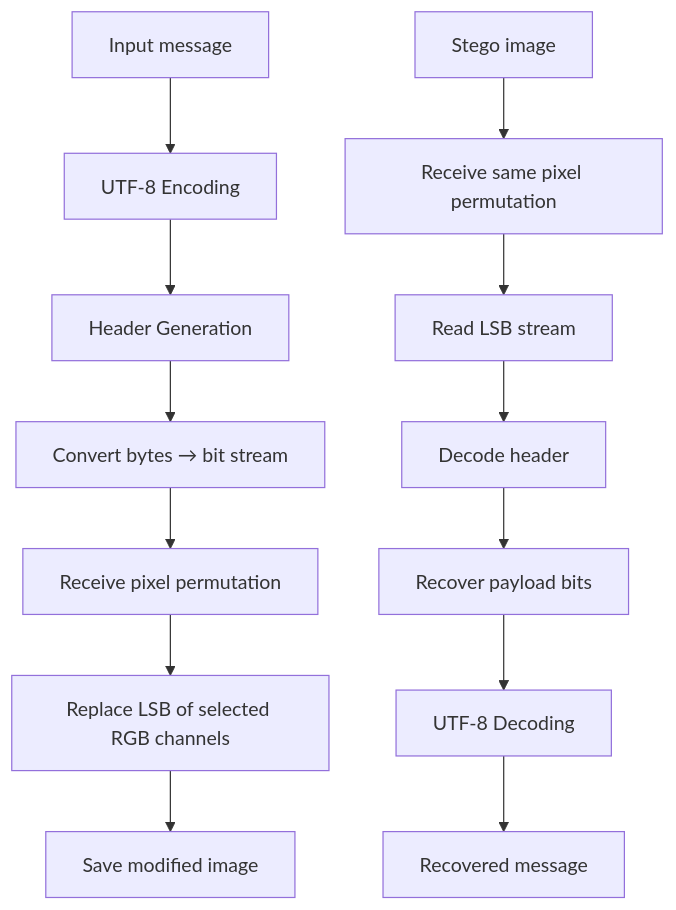
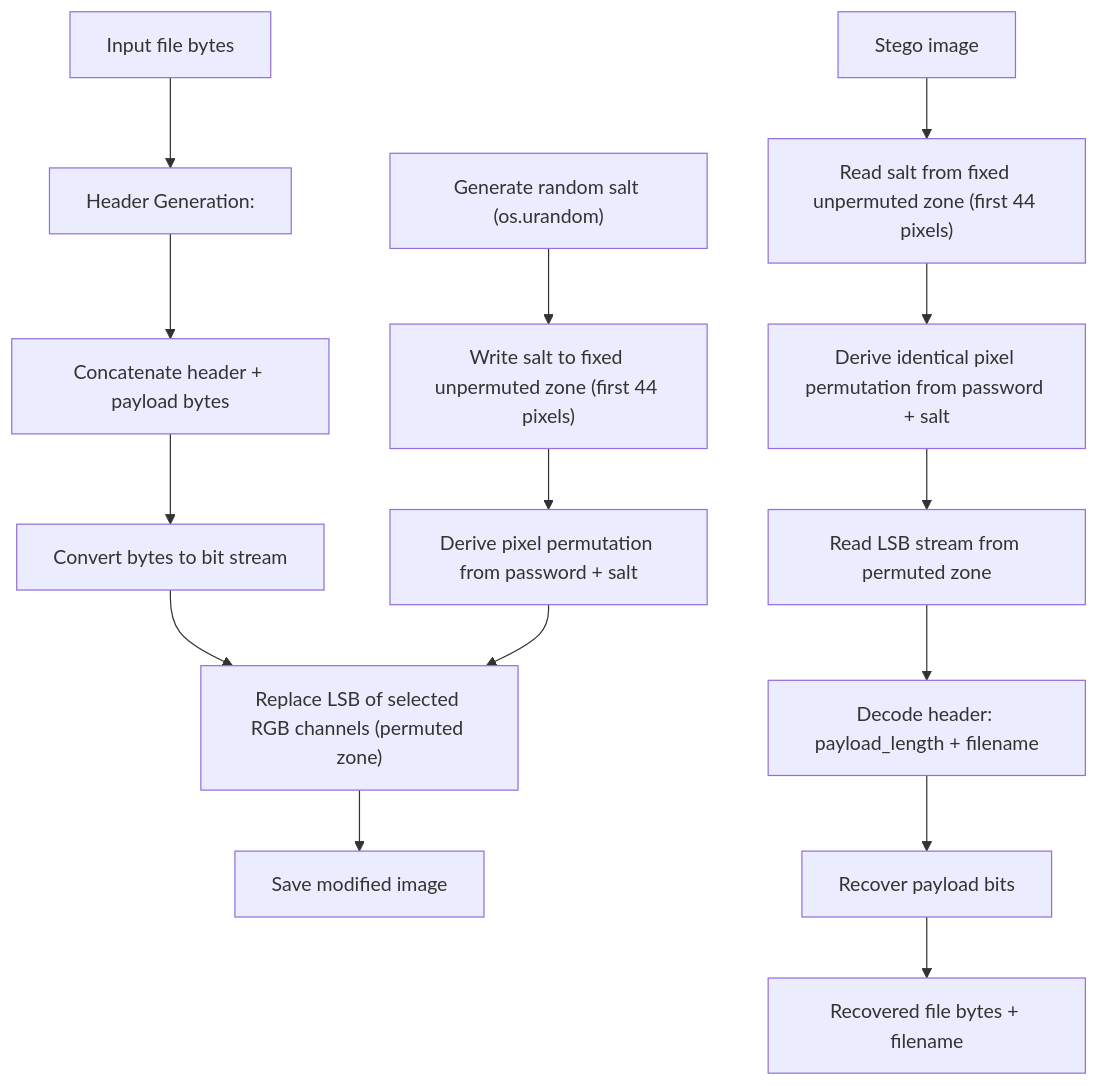
Before and after one commit to m000gg/camougg: the first of 2 diagrams in docs/features/LeastSignificantBit-2.md, drawn with Mermaid. The commit also changed other lines of this file and 1 other file, not shown here.

````diff
--- a/docs/features/LeastSignificantBit-2.md
+++ b/docs/features/LeastSignificantBit-2.md
@@ -58,28 +70,22 @@
 ```mermaid
 flowchart TD
 
-A["Input message"] --> B["UTF-8 Encoding"]
+A["Input file bytes"] --> B["Header Generation: <payload_length|filename>"]
+B --> C["Concatenate header + payload bytes"]
+C --> D["Convert bytes to bit stream"]
 
-B --> C["Header Generation"]
+R["Generate random salt (os.urandom)"] --> S["Write salt to fixed unpermuted zone (first 44 pixels)"]
+S --> E["Derive pixel permutation from password + salt"]
 
-C --> D["Convert bytes → bit stream"]
-
-D --> E["Receive pixel permutation"]
-
-E --> F["Replace LSB of selected RGB channels"]
-
+D --> F["Replace LSB of selected RGB channels (permuted zone)"]
+E --> F
 F --> G["Save modified image"]
 
 
-H["Stego image"] --> I["Receive same pixel permutation"]
-
-I --> J["Read LSB stream"]
-
-J --> K["Decode header"]
-
-K --> L["Recover payload bits"]
-
-L --> M["UTF-8 Decoding"]
-
-M --> N["Recovered message"]
+H["Stego image"] --> I["Read salt from fixed unpermuted zone (first 44 pixels)"]
+I --> J["Derive identical pixel permutation from password + salt"]
+J --> K["Read LSB stream from permuted zone"]
+K --> L["Decode header: payload_length + filename"]
+L --> M["Recover payload bits"]
+M --> N["Recovered file bytes + filename"]
 ```
````
